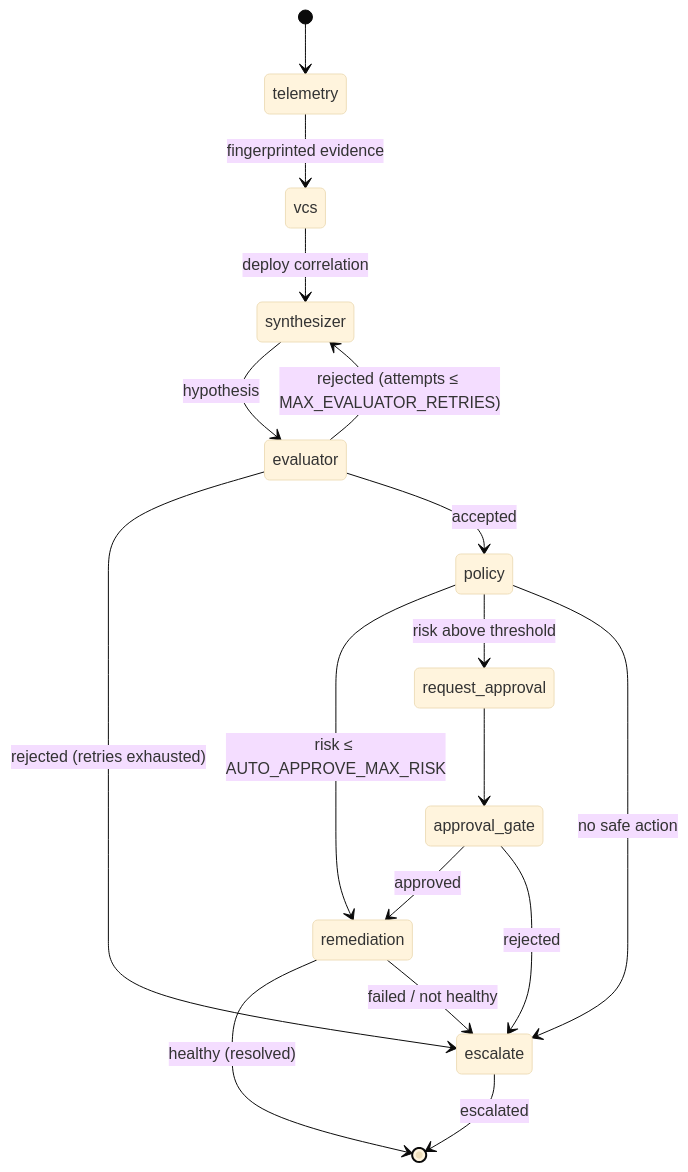
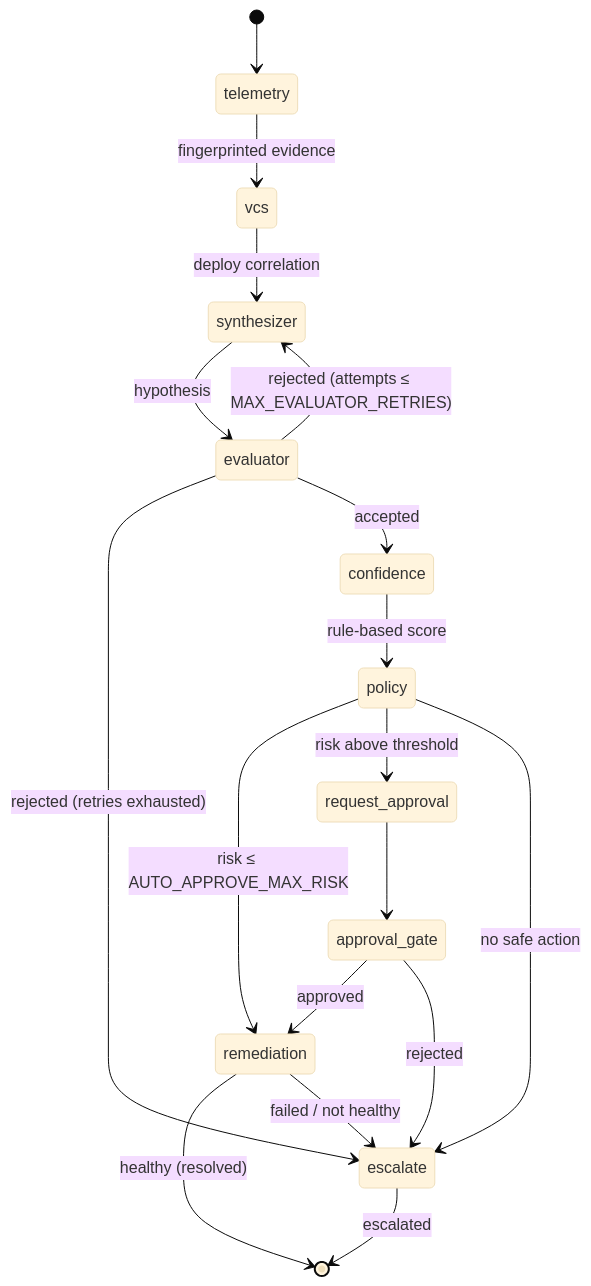
One commit to CoderHariswar/resilio-ai changed the second of 4 diagrams in docs/ARCHITECTURE.md. Above: the diagram before and after it, drawn with Mermaid (base theme). The commit also changed other lines of this file and 6 other files, not shown here.

First line of the commit message:
docs: rule-based confidence (ADR 0003, tuning guide, changelog)

````diff
--- a/docs/ARCHITECTURE.md
+++ b/docs/ARCHITECTURE.md
@@ -77,19 +77,20 @@
 ```mermaid
 stateDiagram-v2
     [*] --> telemetry
     telemetry --> vcs: fingerprinted evidence
     vcs --> synthesizer: deploy correlation
     synthesizer --> evaluator: hypothesis
     evaluator --> synthesizer: rejected (attempts ≤ MAX_EVALUATOR_RETRIES)
     evaluator --> escalate: rejected (retries exhausted)
-    evaluator --> policy: accepted
+    evaluator --> confidence: accepted
+    confidence --> policy: rule-based score
     policy --> remediation: risk ≤ AUTO_APPROVE_MAX_RISK
     policy --> request_approval: risk above threshold
     policy --> escalate: no safe action
     request_approval --> approval_gate
     approval_gate --> remediation: approved
     approval_gate --> escalate: rejected
     remediation --> [*]: healthy (resolved)
     remediation --> escalate: failed / not healthy
     escalate --> [*]: escalated
 ```
````
